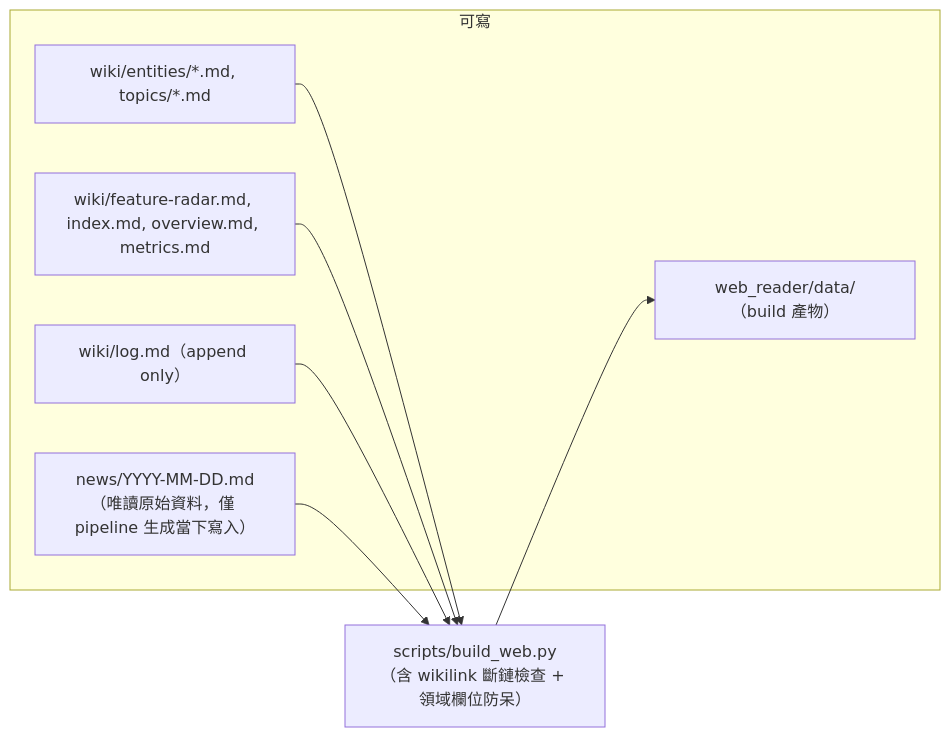
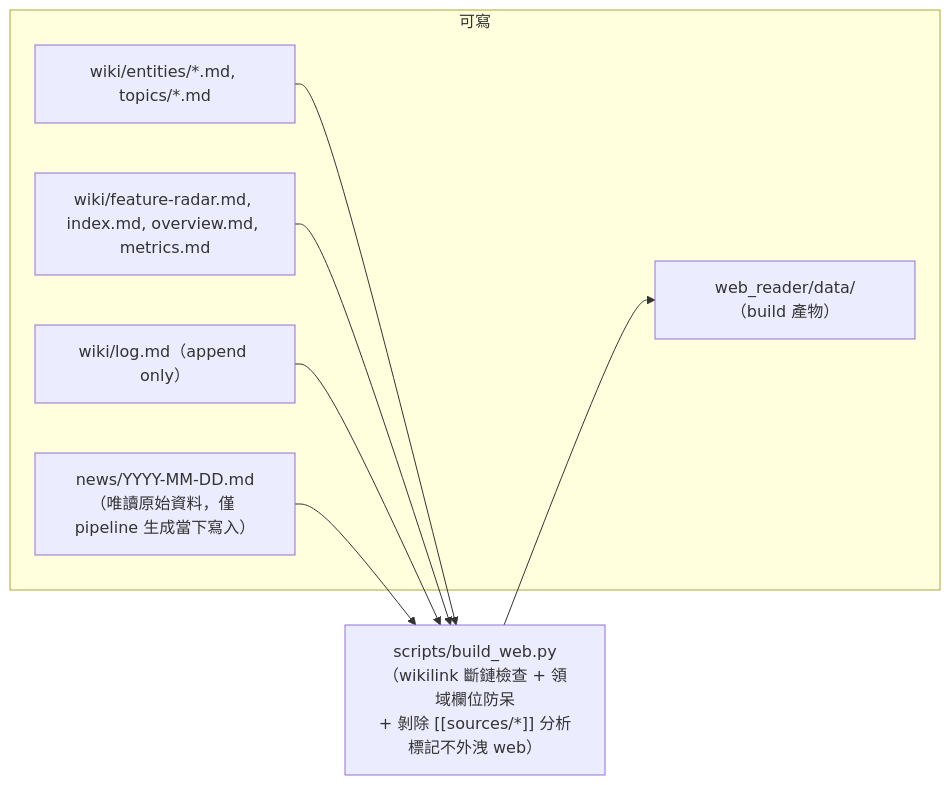
Before and after one commit to mandy82477/claude-news: the sixth of 6 diagrams in src/DesignDocument/Design Diagram.md, drawn with Mermaid. The commit also changed other lines of this file and 2 other files, not shown here.

````diff
--- a/src/DesignDocument/Design Diagram.md
+++ b/src/DesignDocument/Design Diagram.md
@@ -139,13 +166,13 @@
 ```mermaid
 flowchart LR
     subgraph WRITE["可寫"]
         A["news/YYYY-MM-DD.md\n（唯讀原始資料，僅 pipeline 生成當下寫入）"]
         B["wiki/entities/*.md, topics/*.md"]
         C["wiki/feature-radar.md, index.md, overview.md, metrics.md"]
         D["wiki/log.md（append only）"]
         E["web_reader/data/（build 產物）"]
     end
-    B & C & D --> BUILD["scripts/build_web.py\n（含 wikilink 斷鏈檢查 + 領域欄位防呆）"]
+    B & C & D --> BUILD["scripts/build_web.py\n（wikilink 斷鏈檢查 + 領域欄位防呆\n+ 剝除 [[sources/*]] 分析標記不外洩 web）"]
     A --> BUILD
     BUILD --> E
 ```
````
